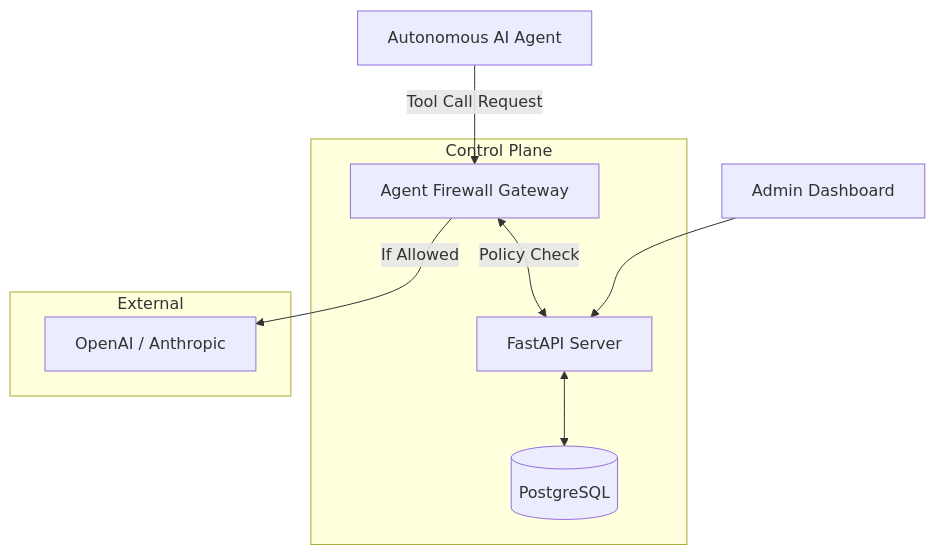
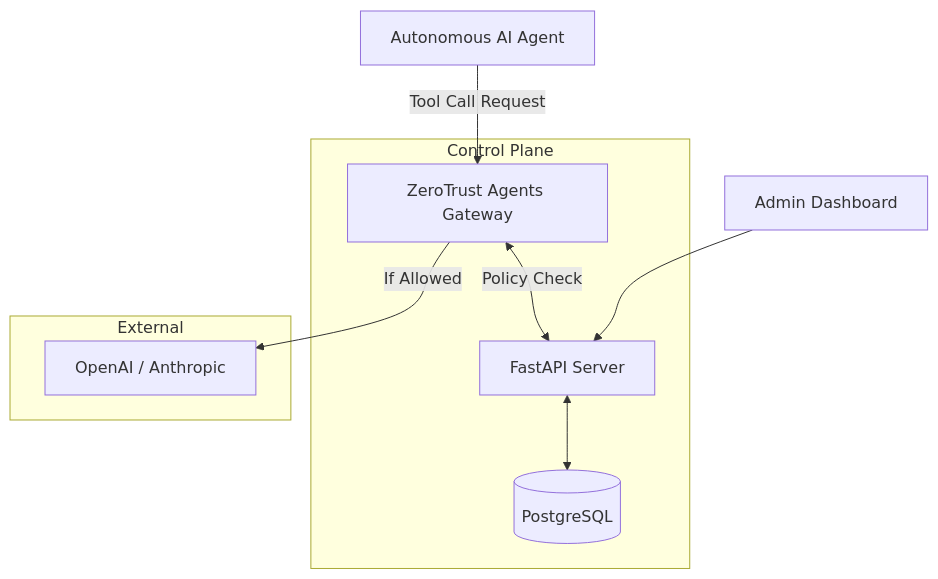
The diagram in README.md (lokeshsk/zerotrust-agents), drawn with Mermaid before and after one commit. The commit also changed other lines of this file and 12 other files, not shown here.

Commit message:
chore: rename Agent Firewall to ZeroTrust Agents globally

````diff
--- a/README.md
+++ b/README.md
@@ -118,15 +118,15 @@
 ```mermaid
 graph TD
-    A[Autonomous AI Agent] -->|Tool Call Request| G[Agent Firewall Gateway]
+    A[Autonomous AI Agent] -->|Tool Call Request| G[ZeroTrust Agents Gateway]
     
     subgraph Control Plane
     G <-->|Policy Check| API[FastAPI Server]
     API <--> DB[(PostgreSQL)]
     end
 
     subgraph External
     G -->|If Allowed| LLM[OpenAI / Anthropic]
     end
     
     D[Admin Dashboard] --> API
 ```
````
